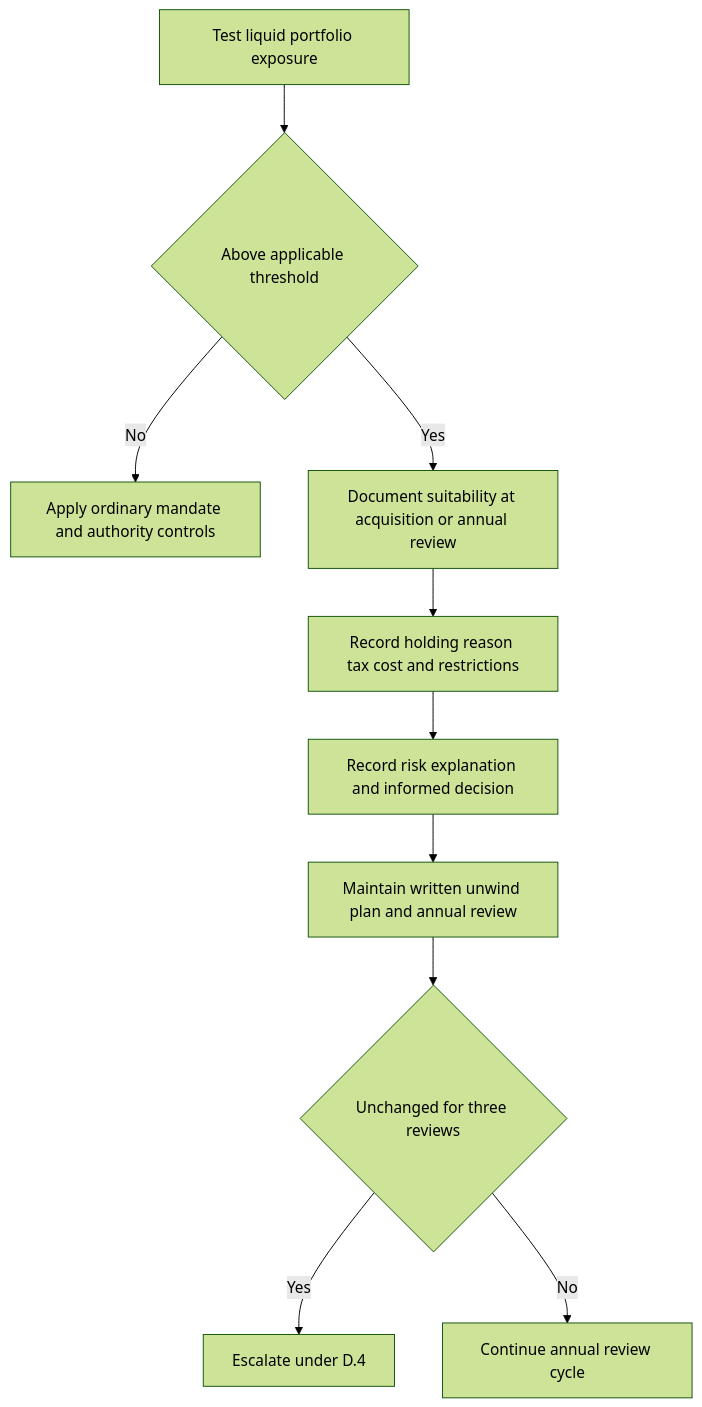
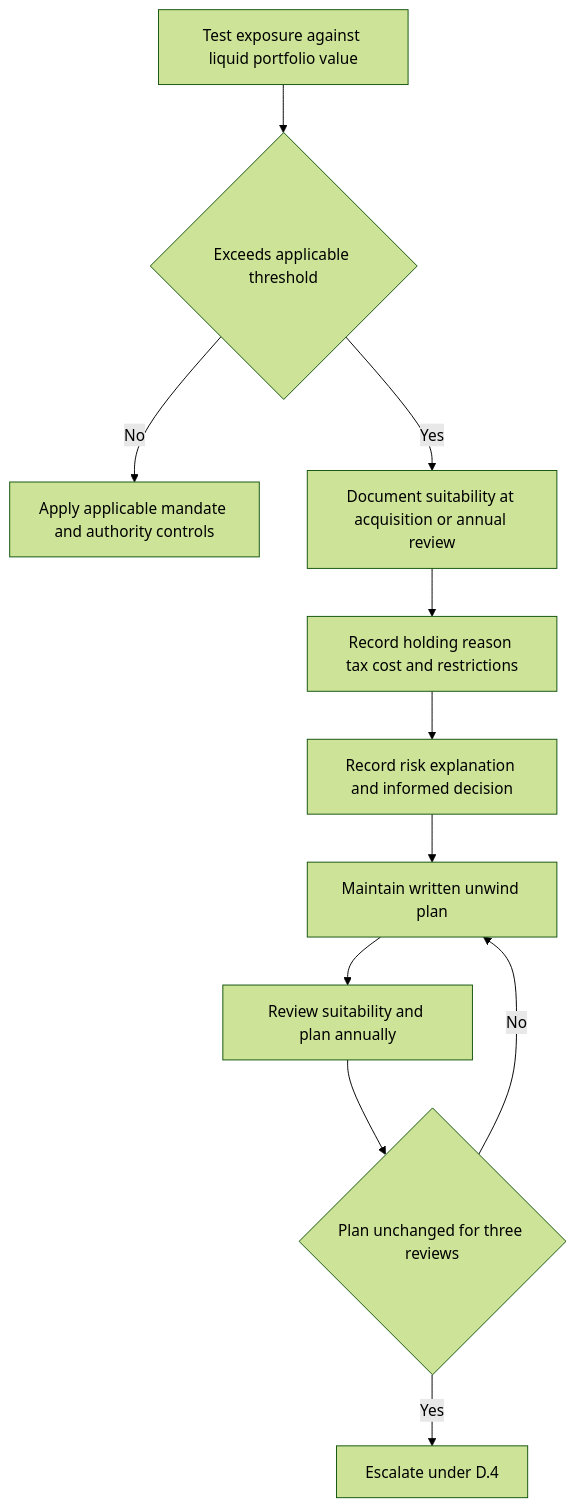
One commit to xuro-langchain/wealth-research-corpus changed the diagram in openwiki/guidance/suitability/concentrated-positions.md. Above: the diagram before and after it, drawn with Mermaid (forest theme). The commit also changed other lines of this file and 43 other files, not shown here.

````diff
--- a/openwiki/guidance/suitability/concentrated-positions.md
+++ b/openwiki/guidance/suitability/concentrated-positions.md
@@ -42,12 +46,13 @@
 ```mermaid
 flowchart TD
-    Classify["Test liquid portfolio exposure"] --> IsConcentrated{"Above applicable threshold"}
-    IsConcentrated -- "No" --> Ordinary["Apply ordinary mandate and authority controls"]
-    IsConcentrated -- "Yes" --> Determine["Document suitability at acquisition or annual review"]
+    Classify["Test exposure against liquid portfolio value"] --> Threshold{"Exceeds applicable threshold"}
+    Threshold -- "No" --> OtherControls["Apply applicable mandate and authority controls"]
+    Threshold -- "Yes" --> Determine["Document suitability at acquisition or annual review"]
     Determine --> Record["Record holding reason tax cost and restrictions"]
-    Record --> Explain["Record risk explanation and informed decision"]
-    Explain --> Plan["Maintain written unwind plan and annual review"]
-    Plan --> Unchanged{"Unchanged for three reviews"}
+    Record --> Informed["Record risk explanation and informed decision"]
+    Informed --> Plan["Maintain written unwind plan"]
+    Plan --> Annual["Review suitability and plan annually"]
+    Annual --> Unchanged{"Plan unchanged for three reviews"}
+    Unchanged -- "No" --> Plan
     Unchanged -- "Yes" --> Escalate["Escalate under D.4"]
-    Unchanged -- "No" --> Maintain["Continue annual review cycle"]
 ```
````
